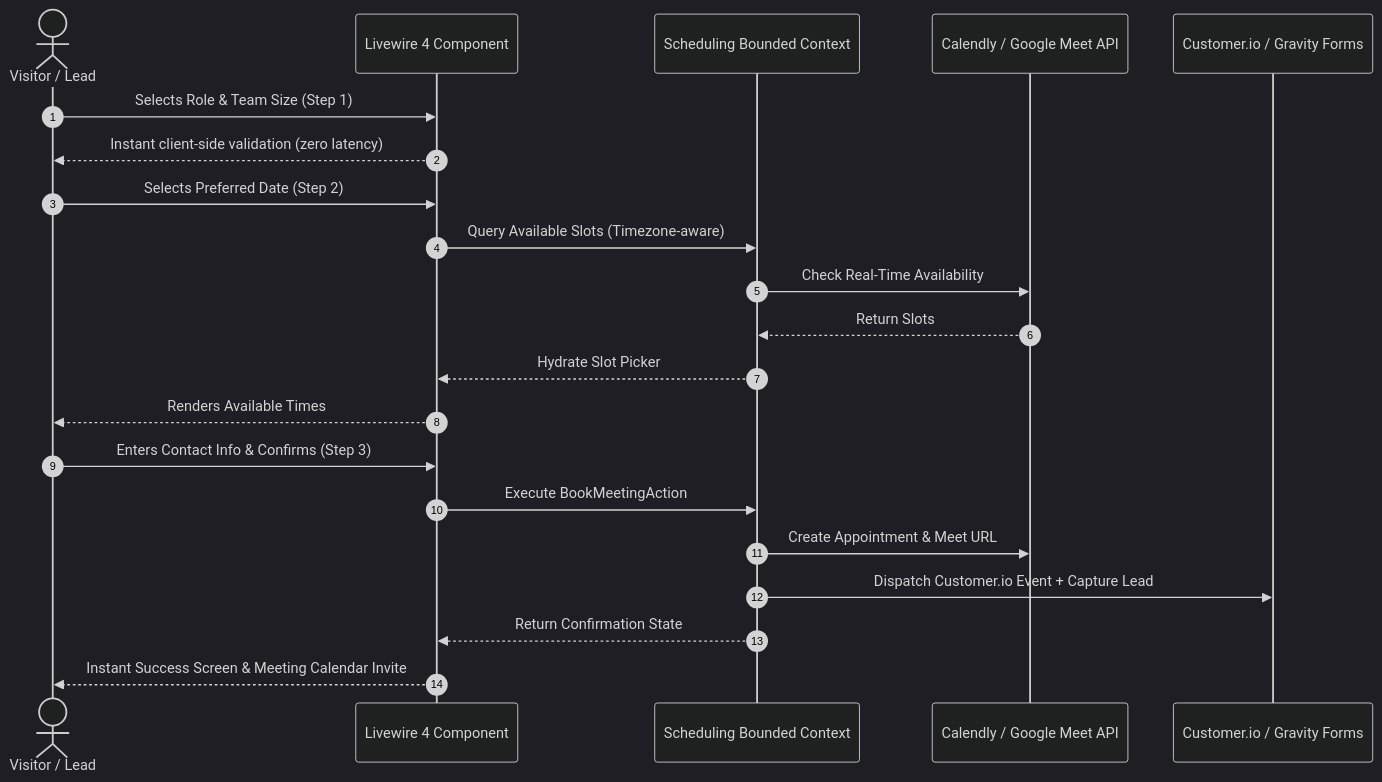
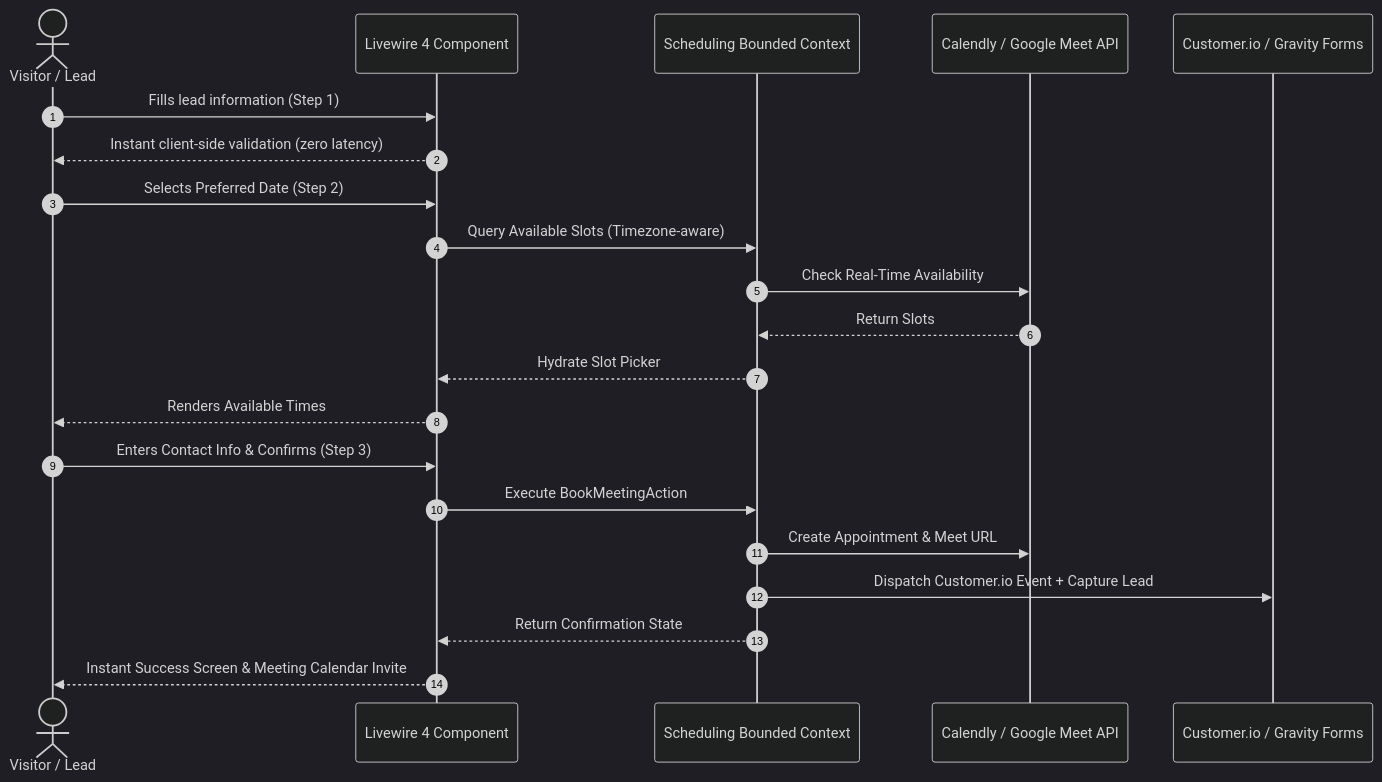
One commit to Remote-Leverage/remote-leverage-website-modernization changed the first of 2 diagrams in README.md. Above: the diagram before and after it, drawn with Mermaid (dark theme).

````diff
--- a/README.md
+++ b/README.md
@@ -269,24 +269,24 @@
 ```mermaid
 sequenceDiagram
     autonumber
     actor User as Visitor / Lead
     participant LW as Livewire 4 Component
     participant Domain as Scheduling Bounded Context
     participant Ext as Calendly / Google Meet API
     participant CRM as Customer.io / Gravity Forms
 
-    User->>LW: Selects Role & Team Size (Step 1)
+    User->>LW: Fills lead information (Step 1)
     LW-->>User: Instant client-side validation (zero latency)
     User->>LW: Selects Preferred Date (Step 2)
     LW->>Domain: Query Available Slots (Timezone-aware)
     Domain->>Ext: Check Real-Time Availability
     Ext-->>Domain: Return Slots
     Domain-->>LW: Hydrate Slot Picker
     LW-->>User: Renders Available Times
     User->>LW: Enters Contact Info & Confirms (Step 3)
     LW->>Domain: Execute BookMeetingAction
     Domain->>Ext: Create Appointment & Meet URL
     Domain->>CRM: Dispatch Customer.io Event + Capture Lead
     Domain-->>LW: Return Confirmation State
     LW-->>User: Instant Success Screen & Meeting Calendar Invite
 ```
````
